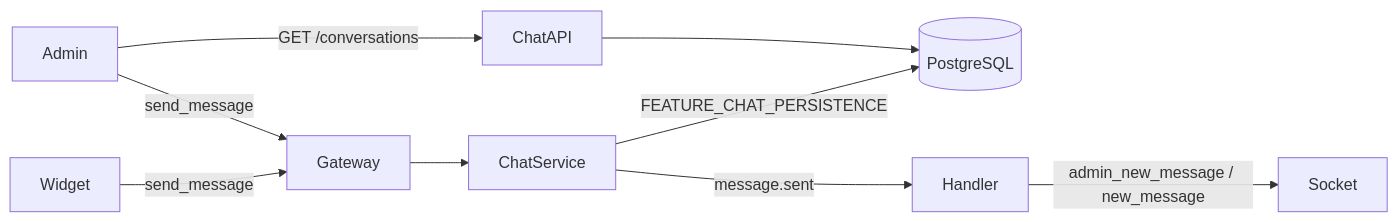
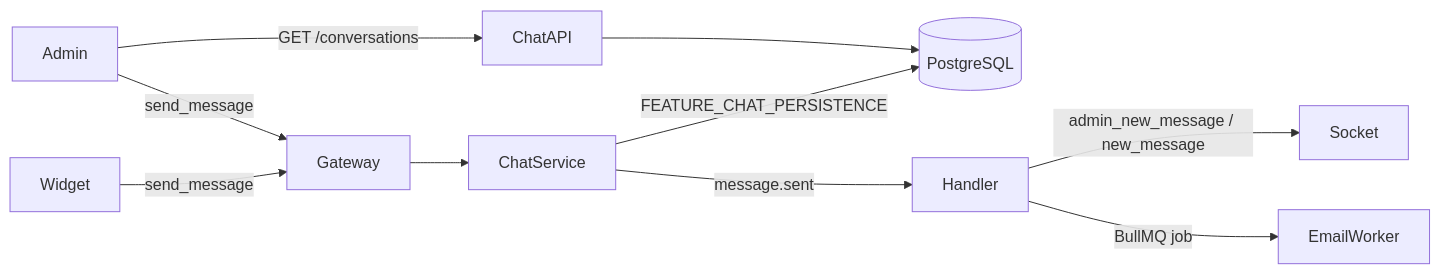
Before and after one commit to amit-g0swami/Intracom: the diagram in docs/CHAT.md, drawn with Mermaid. The commit also changed other lines of this file and 8 other files, not shown here.

Commit message:
feat: implement email notification system using BullMQ and Redis for message-sent events

````diff
--- a/docs/CHAT.md
+++ b/docs/CHAT.md
@@ -7,11 +7,12 @@
 ```mermaid
 flowchart LR
   Widget -->|send_message| Gateway
   Admin -->|send_message| Gateway
   Gateway --> ChatService
   ChatService -->|FEATURE_CHAT_PERSISTENCE| DB[(PostgreSQL)]
   ChatService -->|message.sent| Handler
   Handler -->|admin_new_message / new_message| Socket
+  Handler -->|BullMQ job| EmailWorker
   Admin -->|GET /conversations| ChatAPI
   ChatAPI --> DB
 ```
````
